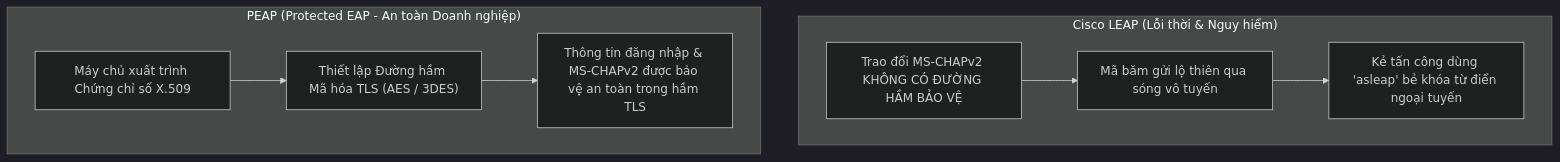
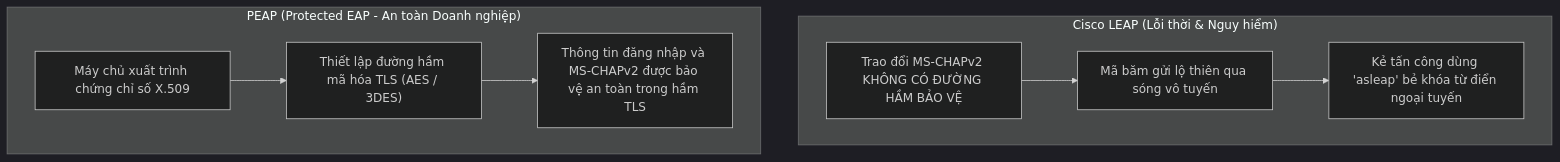
The fourth of 4 diagrams in Junior Cybersecurity Analyst/3. Introduction to Networking/19. Authentication Protocols.md (phattvh/HackTheBox_Translate), drawn with Mermaid (dark theme) before and after one commit. The commit also changed other lines of this file and 5 other files, not shown here.

````diff
--- a/Junior Cybersecurity Analyst/3. Introduction to Networking/19. Authentication Protocols.md
+++ b/Junior Cybersecurity Analyst/3. Introduction to Networking/19. Authentication Protocols.md
@@ -103,16 +103,16 @@
 ```mermaid
 graph TD
     subgraph "Cisco LEAP (Lỗi thời & Nguy hiểm)"
         L1["Trao đổi MS-CHAPv2 KHÔNG CÓ ĐƯỜNG HẦM BẢO VỆ"]
         L2["Mã băm gửi lộ thiên qua sóng vô tuyến"]
         L3["Kẻ tấn công dùng 'asleap' bẻ khóa từ điển ngoại tuyến"]
         L1 --> L2 --> L3
     end
 
     subgraph "PEAP (Protected EAP - An toàn Doanh nghiệp)"
-        P1["Máy chủ xuất trình Chứng chỉ số X.509"]
-        P2["Thiết lập Đường hầm Mã hóa TLS (AES / 3DES)"]
-        P3["Thông tin đăng nhập & MS-CHAPv2 được bảo vệ an toàn trong hầm TLS"]
+        P1["Máy chủ xuất trình chứng chỉ số X.509"]
+        P2["Thiết lập đường hầm mã hóa TLS (AES / 3DES)"]
+        P3["Thông tin đăng nhập và MS-CHAPv2 được bảo vệ an toàn trong hầm TLS"]
         P1 --> P2 --> P3
     end
 ```
````
